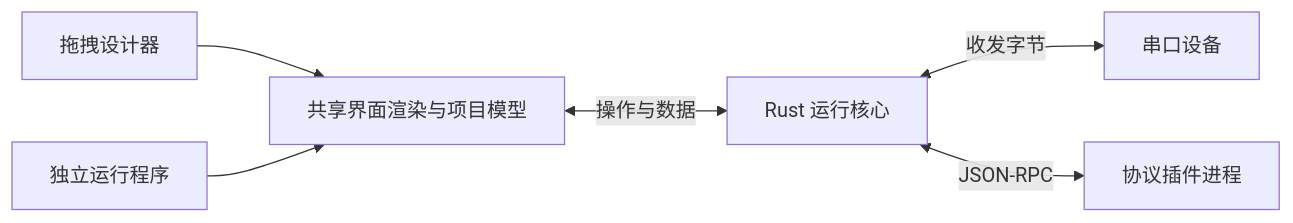
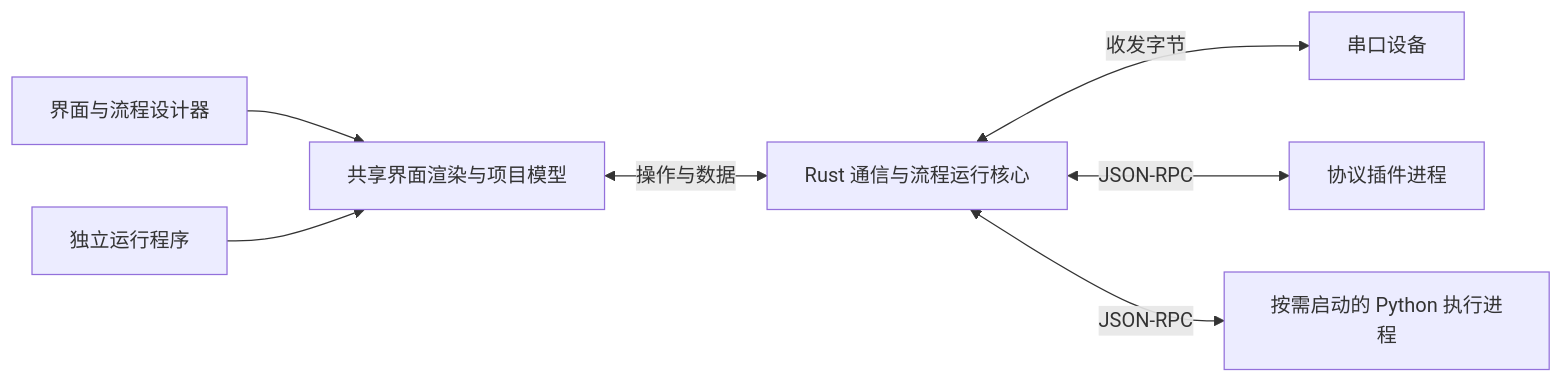
Before and after one commit to dev-zuihong/hmi_design_studio: the diagram in docs/PLAN.md, drawn with Mermaid. The commit also changed other lines of this file and 2 other files, not shown here.

Commit message:
[CHG-0003] docs: 加入流程编排与按需打包的 Python 节点

````diff
--- a/docs/PLAN.md
+++ b/docs/PLAN.md
@@ -27,8 +27,9 @@
 ```mermaid
 flowchart LR
-    A[拖拽设计器] --> C[共享界面渲染与项目模型]
+    A[界面与流程设计器] --> C[共享界面渲染与项目模型]
     B[独立运行程序] --> C
-    C <-->|操作与数据| D[Rust 运行核心]
+    C <-->|操作与数据| D[Rust 通信与流程运行核心]
     D <-->|收发字节| E[串口设备]
     D <-->|JSON-RPC| F[协议插件进程]
+    D <-->|JSON-RPC| G[按需启动的 Python 执行进程]
 ```
````
